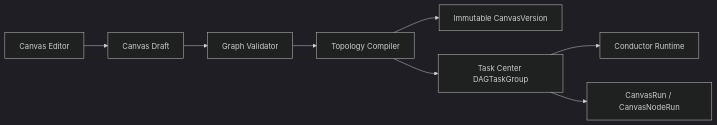
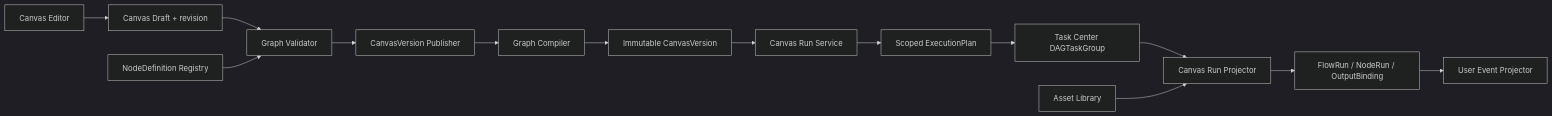
The first of 3 diagrams in 02_architecture/domains/workflow-canvas.md (wangweihong/omnimam-spec), drawn with Mermaid (dark theme) before and after one commit. The commit also changed other lines of this file and 14 other files, not shown here.

````diff
--- a/02_architecture/domains/workflow-canvas.md
+++ b/02_architecture/domains/workflow-canvas.md
@@ -7,10 +7,16 @@
 ```mermaid
 flowchart LR
-  Editor["Canvas Editor"] --> Draft["Canvas Draft"]
-  Draft --> Validator["Graph Validator"]
-  Validator --> Compiler["Topology Compiler"]
+  Editor["Canvas Editor"] --> Canvas["Canvas Draft + revision"]
+  Canvas --> Validator["Graph Validator"]
+  Registry["NodeDefinition Registry"] --> Validator
+  Validator --> Publisher["CanvasVersion Publisher"]
+  Publisher --> Compiler["Graph Compiler"]
   Compiler --> Version["Immutable CanvasVersion"]
-  Compiler --> Task["Task Center DAGTaskGroup"]
-  Task --> Runtime["Conductor Runtime"]
-  Task --> Projection["CanvasRun / CanvasNodeRun"]
+  Version --> Run["Canvas Run Service"]
+  Run --> Plan["Scoped ExecutionPlan"]
+  Plan --> Task["Task Center DAGTaskGroup"]
+  Task --> Projector["Canvas Run Projector"]
+  Asset["Asset Library"] --> Projector
+  Projector --> Projection["FlowRun / NodeRun / OutputBinding"]
+  Projection --> SSE["User Event Projector"]
 ```
````
